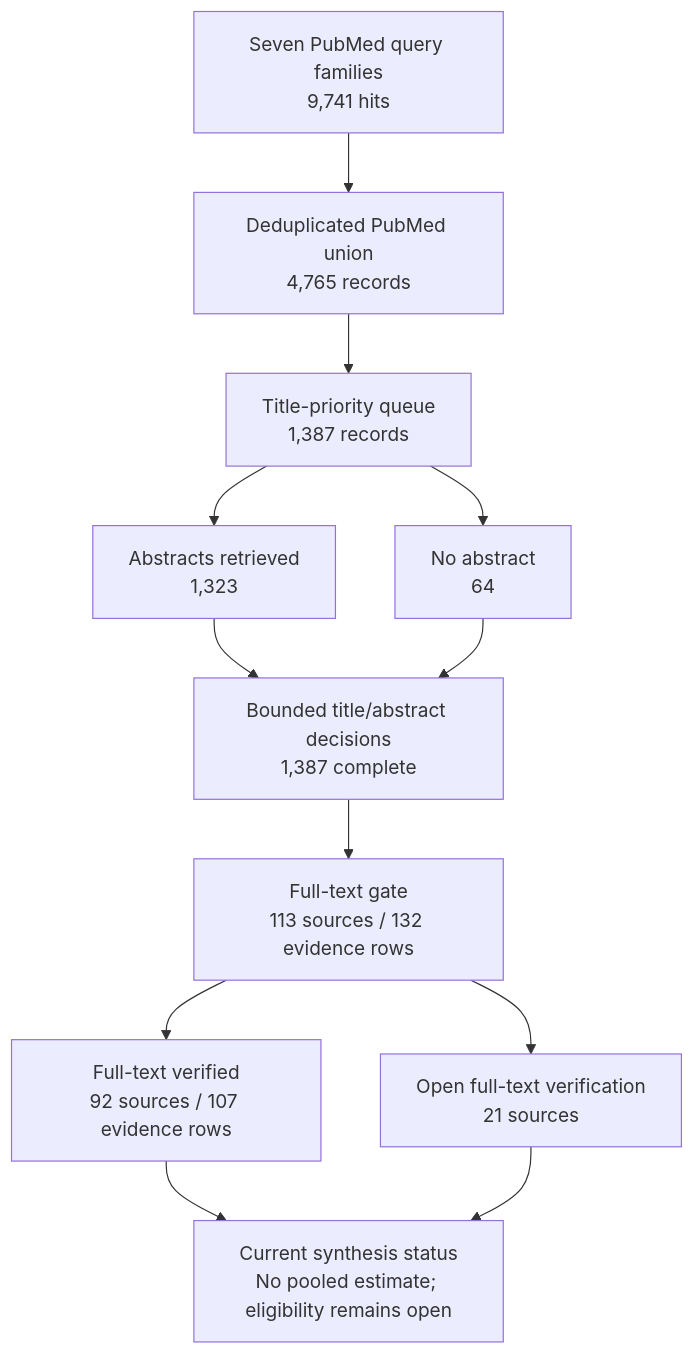
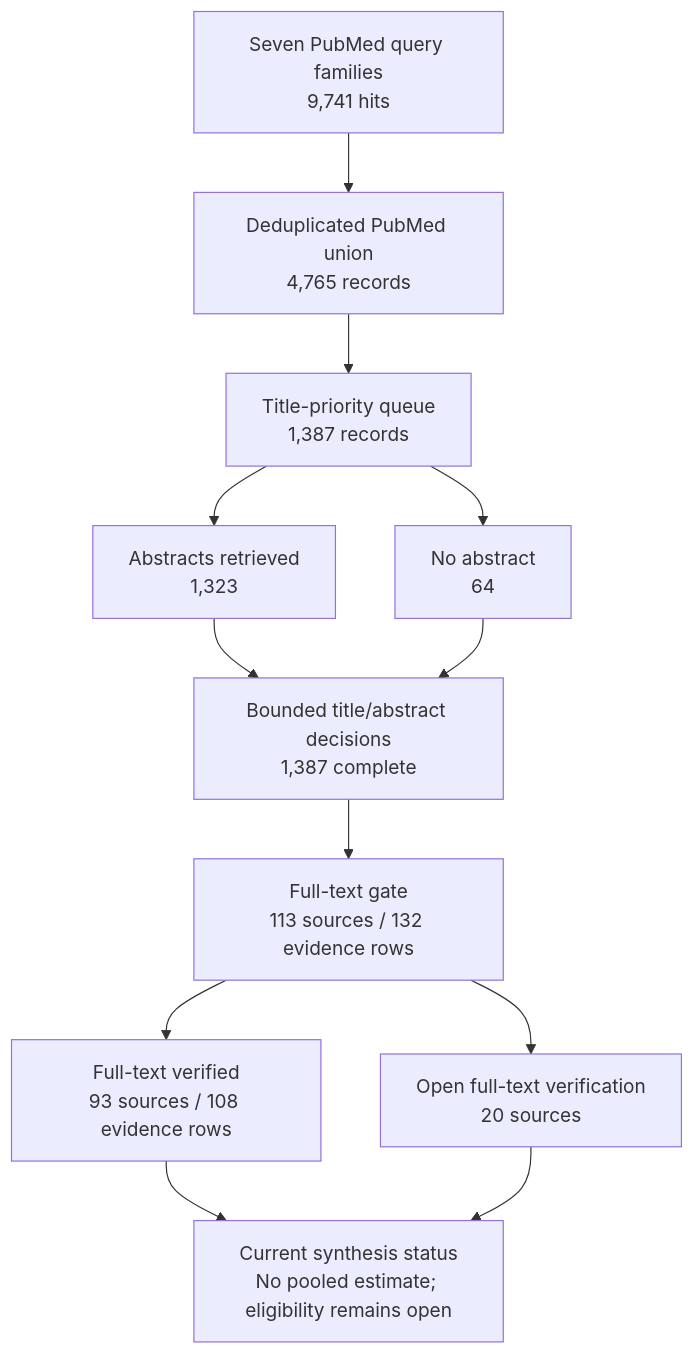
One commit to dcmcshan/artemisia changed the diagram in manuscript/figures/figure-3-review-flow.mmd. Above: the diagram before and after it, drawn with Mermaid. The commit also changed 16 other files, not shown here.

```diff
--- a/manuscript/figures/figure-3-review-flow.mmd
+++ b/manuscript/figures/figure-3-review-flow.mmd
@@ -1,12 +1,12 @@
 flowchart TD
   A["Seven PubMed query families<br/>9,741 hits"] --> B["Deduplicated PubMed union<br/>4,765 records"]
   B --> C["Title-priority queue<br/>1,387 records"]
   C --> D["Abstracts retrieved<br/>1,323"]
   C --> E["No abstract<br/>64"]
   D --> F["Bounded title/abstract decisions<br/>1,387 complete"]
   E --> F
   F --> G["Full-text gate<br/>113 sources / 132 evidence rows"]
-  G --> H["Full-text verified<br/>92 sources / 107 evidence rows"]
-  G --> I["Open full-text verification<br/>21 sources"]
+  G --> H["Full-text verified<br/>93 sources / 108 evidence rows"]
+  G --> I["Open full-text verification<br/>20 sources"]
   H --> J["Current synthesis status<br/>No pooled estimate; eligibility remains open"]
   I --> J
```
